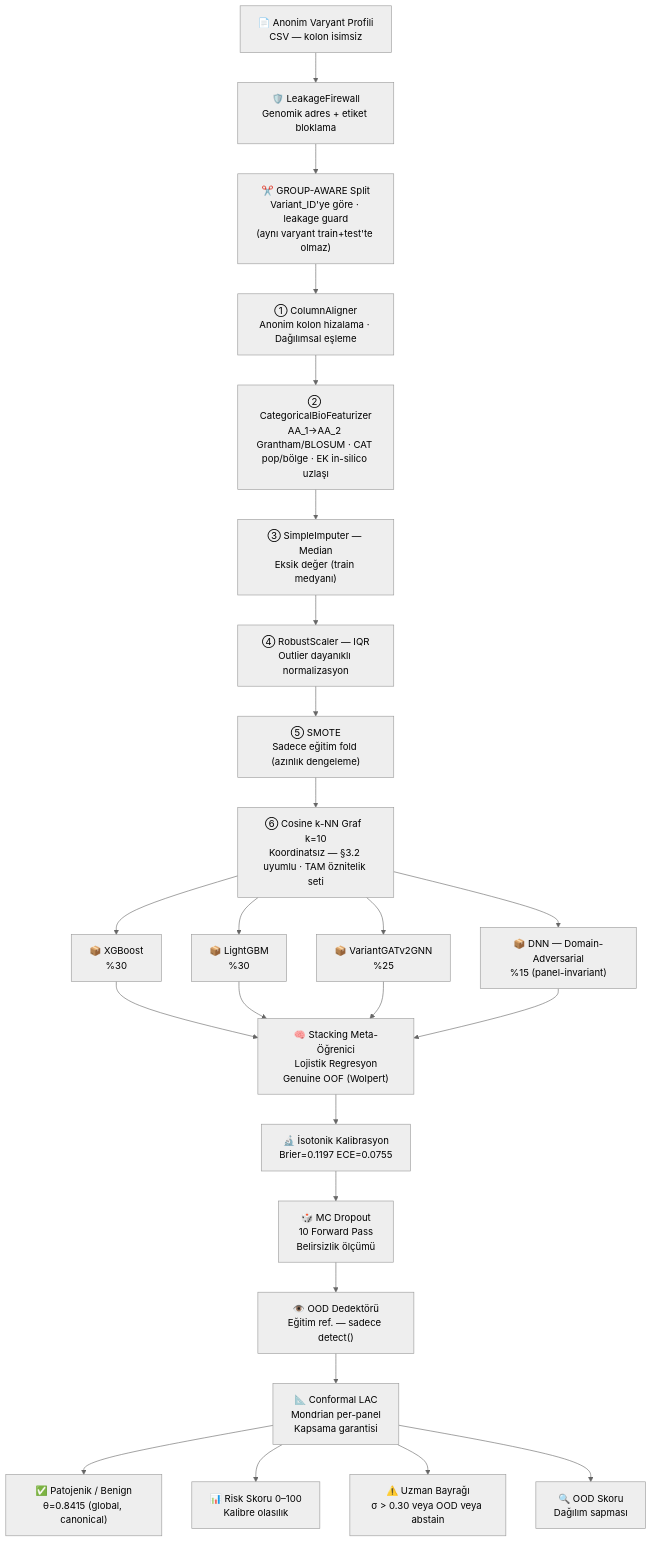
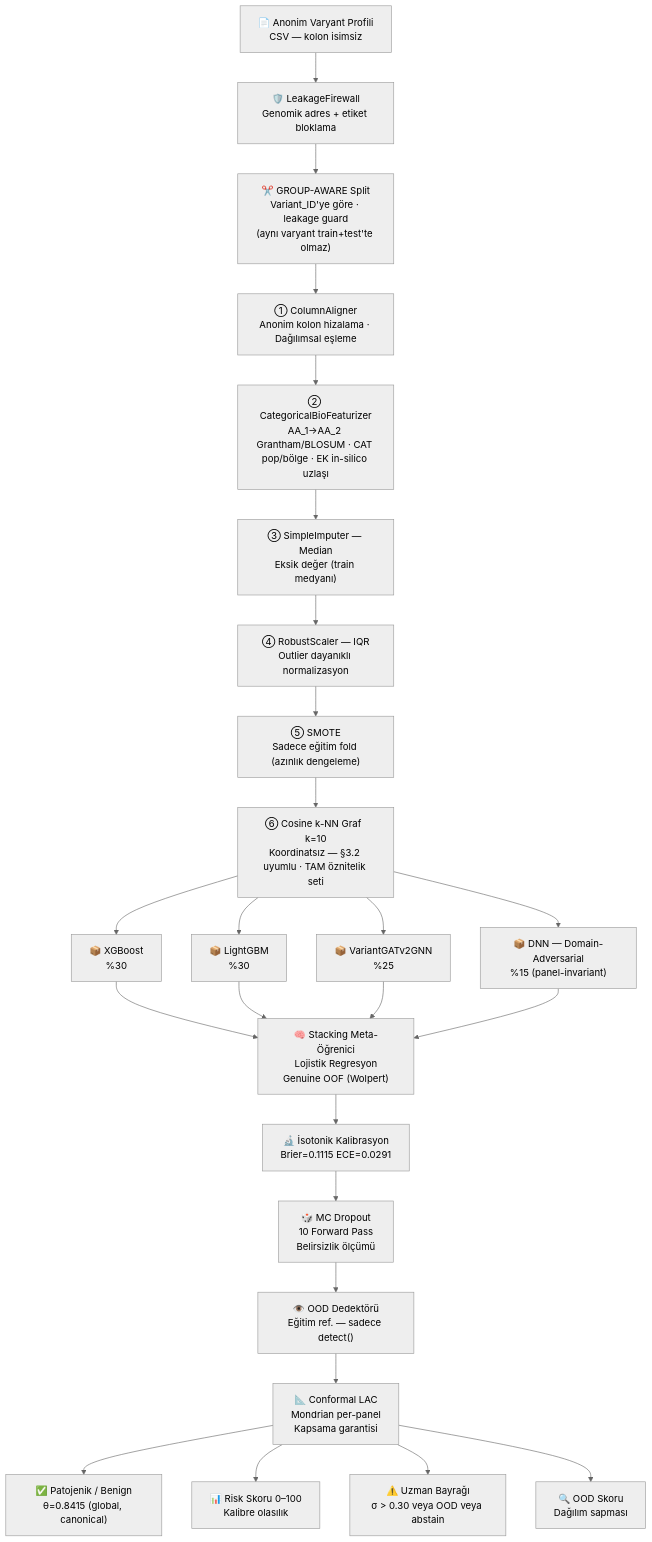
Before and after one commit to msgxr/VARIANT-GNN: the first of 17 diagrams in README.md, drawn with Mermaid (neutral theme). The commit also changed other lines of this file and 73 other files, not shown here.

````diff
--- a/README.md
+++ b/README.md
@@ -177,34 +178,34 @@
 ```mermaid
 flowchart TD
     A["📄 Anonim Varyant Profili\nCSV — kolon isimsiz"]
 
     A --> LFW["🛡️ LeakageFirewall\nGenomik adres + etiket bloklama"]
 
     LFW --> SPLIT["✂️ GROUP-AWARE Split\nVariant_ID'ye göre · leakage guard\n(aynı varyant train+test'te olmaz)"]
     SPLIT --> P1["① ColumnAligner\nAnonim kolon hizalama · Dağılımsal eşleme"]
     P1  --> P2["② CategoricalBioFeaturizer\nAA_1→AA_2 Grantham/BLOSUM · CAT pop/bölge · EK in-silico uzlaşı"]
     P2  --> P3["③ SimpleImputer — Median\nEksik değer (train medyanı)"]
     P3  --> P4["④ RobustScaler — IQR\nOutlier dayanıklı normalizasyon"]
     P4  --> P6["⑤ SMOTE\nSadece eğitim fold (azınlık dengeleme)"]
     P6  --> P9["⑥ Cosine k-NN Graf  k=10\nKoordinatsız — §3.2 uyumlu · TAM öznitelik seti"]
 
     P9 --> M1["📦 XGBoost\n%30"]
     P9 --> M2["📦 LightGBM\n%30"]
     P9 --> M3["📦 VariantGATv2GNN\n%25"]
     P9 --> M4["📦 DNN — Domain-Adversarial\n%15 (panel-invariant)"]
 
     M1 --> ST["🧠 Stacking Meta-Öğrenici\nLojistik Regresyon\nGenuine OOF (Wolpert)"]
     M2 --> ST
     M3 --> ST
     M4 --> ST
 
-    ST --> ISO["🔬 İsotonik Kalibrasyon\nBrier=0.1197  ECE=0.0755"]
+    ST --> ISO["🔬 İsotonik Kalibrasyon\nBrier=0.1115  ECE=0.0291"]
     ISO --> MCD["🎲 MC Dropout\n10 Forward Pass\nBelirsizlik ölçümü"]
     MCD --> OOD["👁️ OOD Dedektörü\nEğitim ref. — sadece detect()"]
     OOD --> CNF["📐 Conformal LAC\nMondrian per-panel\nKapsama garantisi"]
 
     CNF --> O1["✅ Patojenik / Benign\nθ=0.8415 (global, canonical)"]
     CNF --> O2["📊 Risk Skoru 0–100\nKalibre olasılık"]
     CNF --> O3["⚠️ Uzman Bayrağı\nσ > 0.30 veya OOD veya abstain"]
     CNF --> O4["🔍 OOD Skoru\nDağılım sapması"]
 ```
````
